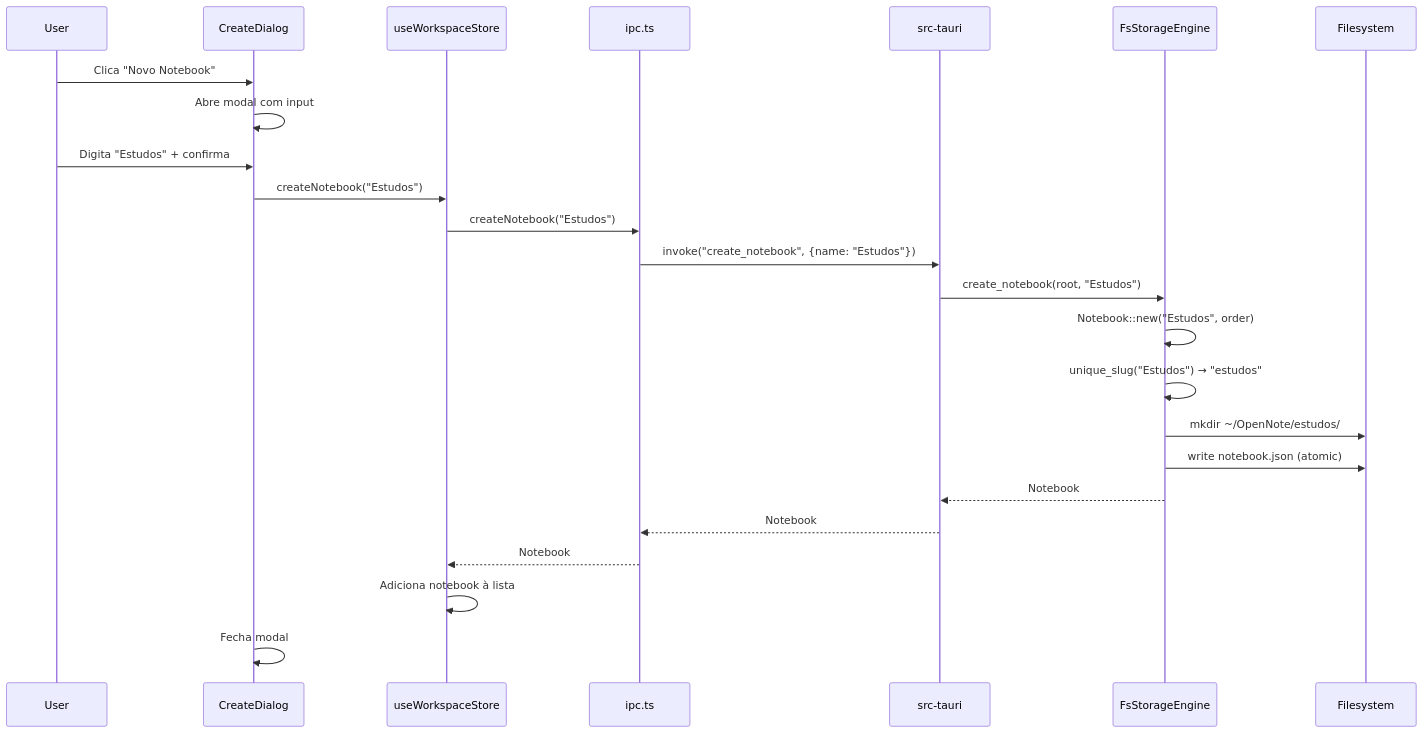
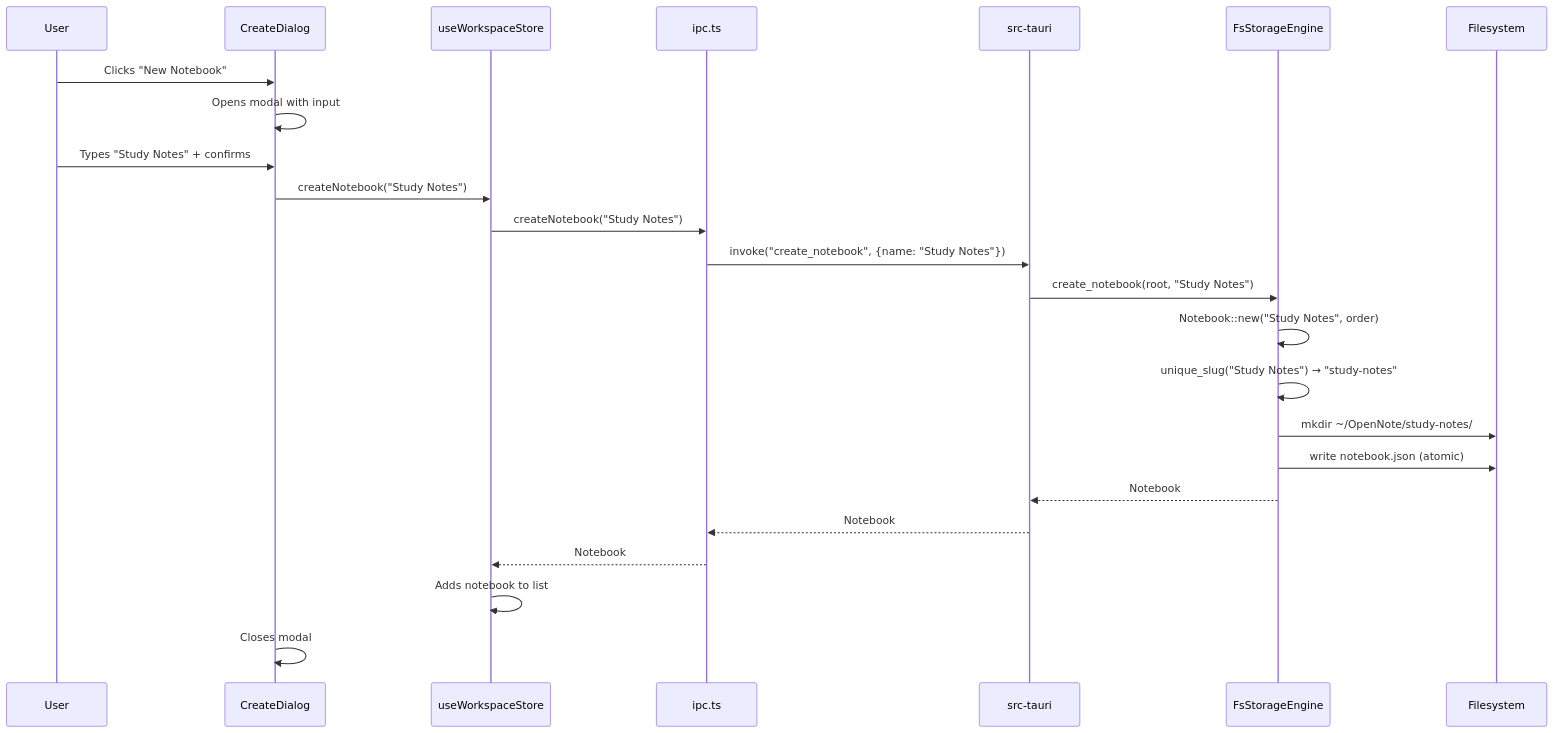
One commit to l3co/open-note changed diagram 11 of 15 in docs/ARCHITECTURE.md. Above: the diagram before and after it, drawn with Mermaid. The commit also changed other lines of this file and 10 other files, not shown here.

First line of the commit message:
docs: translate ARCHITECTURE, USER_GUIDE, and all 9 ADRs to English

````diff
--- a/docs/ARCHITECTURE.md
+++ b/docs/ARCHITECTURE.md
@@ -523,31 +523,31 @@
 ```mermaid
 sequenceDiagram
     participant User
     participant Dialog as CreateDialog
     participant Store as useWorkspaceStore
     participant IPC as ipc.ts
     participant Rust as src-tauri
     participant Storage as FsStorageEngine
     participant FS as Filesystem
 
-    User->>Dialog: Clica "Novo Notebook"
-    Dialog->>Dialog: Abre modal com input
+    User->>Dialog: Clicks "New Notebook"
+    Dialog->>Dialog: Opens modal with input
 
-    User->>Dialog: Digita "Estudos" + confirma
-    Dialog->>Store: createNotebook("Estudos")
+    User->>Dialog: Types "Study Notes" + confirms
+    Dialog->>Store: createNotebook("Study Notes")
 
-    Store->>IPC: createNotebook("Estudos")
-    IPC->>Rust: invoke("create_notebook", {name: "Estudos"})
+    Store->>IPC: createNotebook("Study Notes")
+    IPC->>Rust: invoke("create_notebook", {name: "Study Notes"})
 
-    Rust->>Storage: create_notebook(root, "Estudos")
-    Storage->>Storage: Notebook::new("Estudos", order)
-    Storage->>Storage: unique_slug("Estudos") → "estudos"
-    Storage->>FS: mkdir ~/OpenNote/estudos/
+    Rust->>Storage: create_notebook(root, "Study Notes")
+    Storage->>Storage: Notebook::new("Study Notes", order)
+    Storage->>Storage: unique_slug("Study Notes") → "study-notes"
+    Storage->>FS: mkdir ~/OpenNote/study-notes/
     Storage->>FS: write notebook.json (atomic)
     Storage-->>Rust: Notebook
     Rust-->>IPC: Notebook
     IPC-->>Store: Notebook
 
-    Store->>Store: Adiciona notebook à lista
-    Dialog->>Dialog: Fecha modal
+    Store->>Store: Adds notebook to list
+    Dialog->>Dialog: Closes modal
 ```
````
